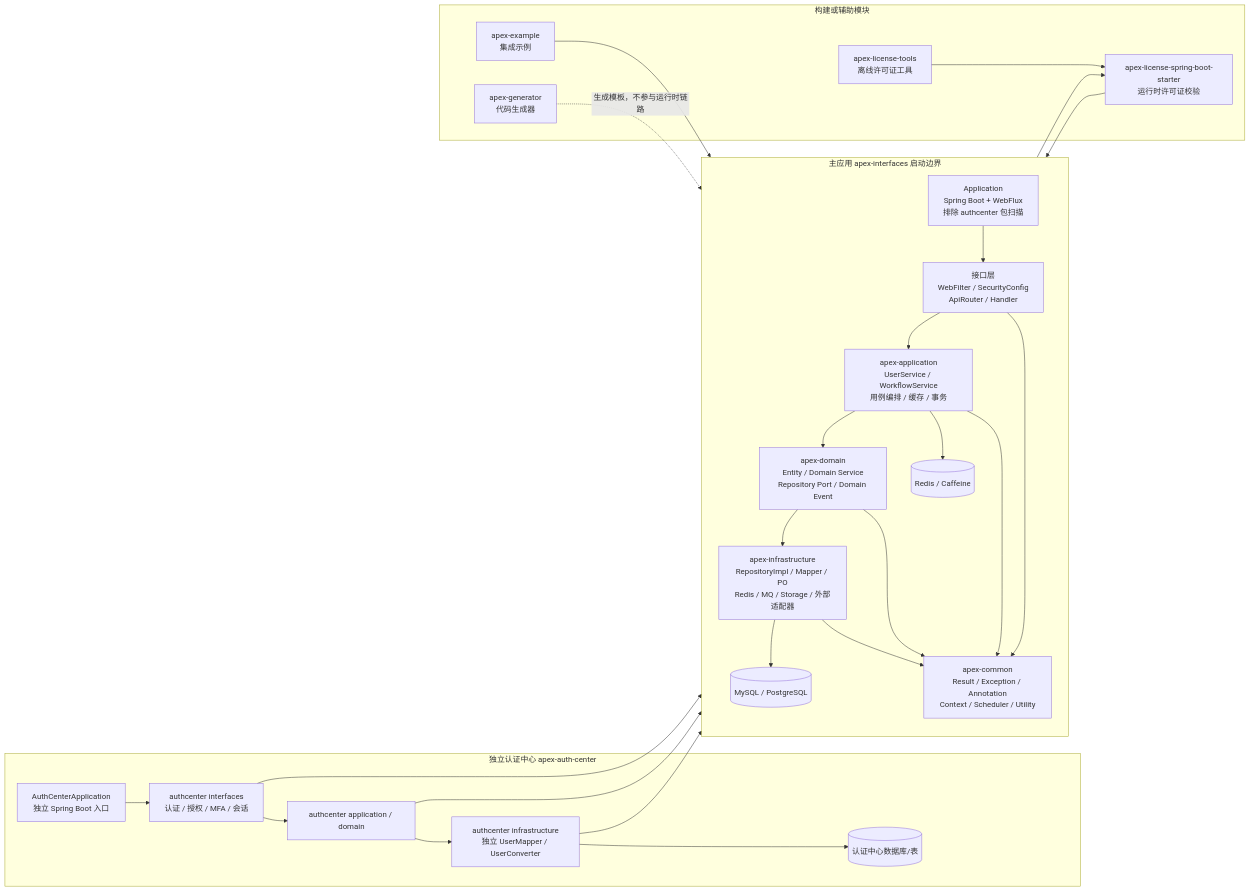
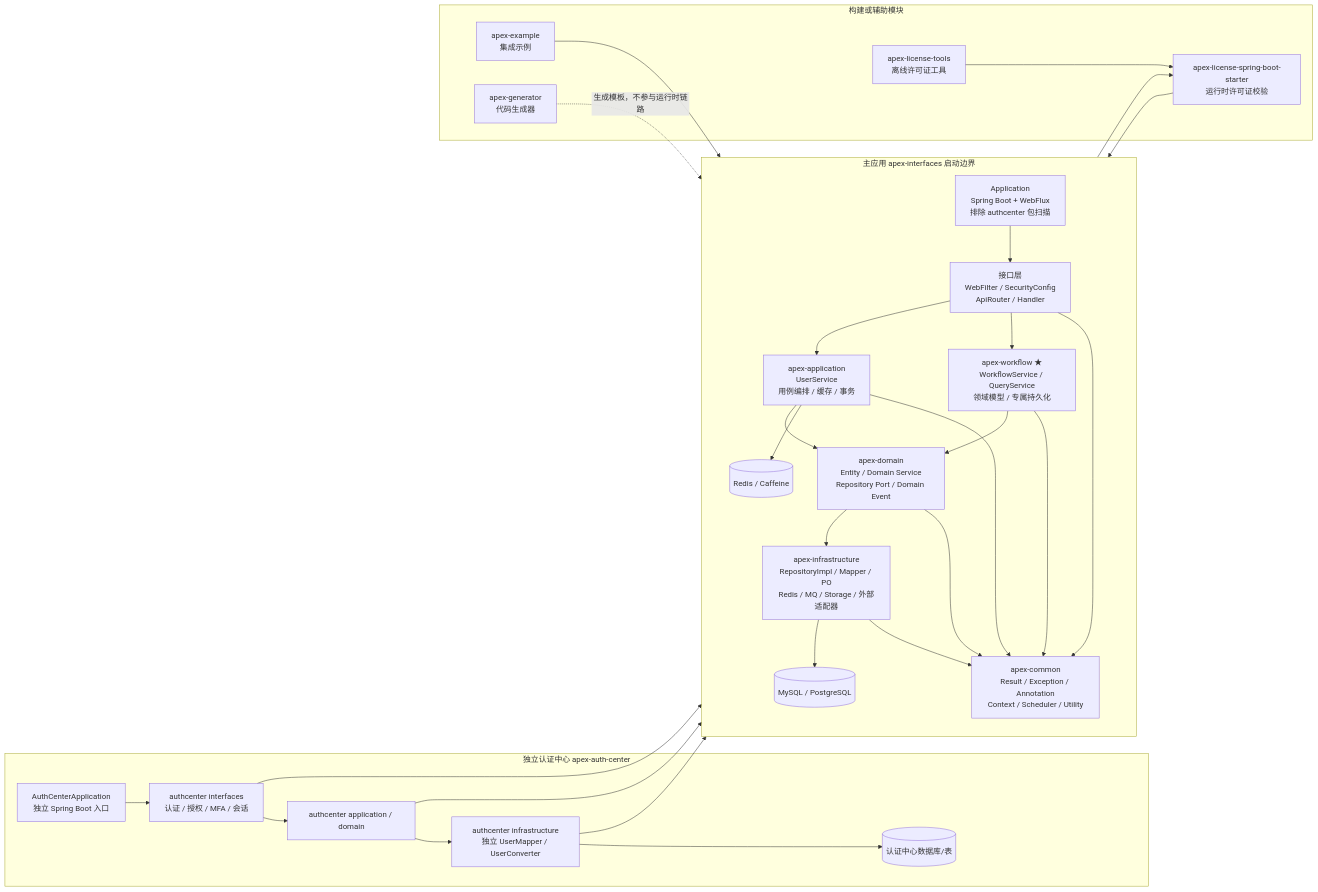
The first of 3 diagrams in AGENTS.md (apex-cloud-service/apex-scaffold), drawn with Mermaid before and after one commit. The commit also changed other lines of this file and 2 other files, not shown here.

First line of the commit message:
docs(workflow): 补充工作流模块拆分方案、测试报告与架构说明

````diff
--- a/AGENTS.md
+++ b/AGENTS.md
@@ -60,46 +66,53 @@
 ```mermaid
 graph LR
     subgraph MainApp[主应用 apex-interfaces 启动边界]
         direction TB
         entry["Application<br/>Spring Boot + WebFlux<br/>排除 authcenter 包扫描"]
         web["接口层<br/>WebFilter / SecurityConfig<br/>ApiRouter / Handler"]
-        app["apex-application<br/>UserService / WorkflowService<br/>用例编排 / 缓存 / 事务"]
+        app["apex-application<br/>UserService<br/>用例编排 / 缓存 / 事务"]
+        workflow["apex-workflow ★<br/>WorkflowService / QueryService<br/>领域模型 / 专属持久化"]
         domain["apex-domain<br/>Entity / Domain Service<br/>Repository Port / Domain Event"]
         infra["apex-infrastructure<br/>RepositoryImpl / Mapper / PO<br/>Redis / MQ / Storage / 外部适配器"]
         common["apex-common<br/>Result / Exception / Annotation<br/>Context / Scheduler / Utility"]
         db[("MySQL / PostgreSQL")]
         cache[("Redis / Caffeine")]
-        entry --> web --> app --> domain --> infra
+        entry --> web
+        web --> app
+        web --> workflow
+        app --> domain
+        domain --> infra
+        workflow --> domain
+        workflow --> common
         infra --> db
         app --> cache
         web --> common
         app --> common
         domain --> common
         infra --> common
     end
 
     subgraph AuthApp[独立认证中心 apex-auth-center]
         authEntry["AuthCenterApplication<br/>独立 Spring Boot 入口"]
         authWeb["authcenter interfaces<br/>认证 / 授权 / MFA / 会话"]
         authApp["authcenter application / domain"]
         authInfra["authcenter infrastructure<br/>独立 UserMapper / UserConverter"]
         authDb[("认证中心数据库/表")]
         authEntry --> authWeb --> authApp --> authInfra --> authDb
         authWeb --> common
         authApp --> common
         authInfra --> common
     end
 
     subgraph BuildOnly[构建或辅助模块]
         starter["apex-license-spring-boot-starter<br/>运行时许可证校验"]
         tools["apex-license-tools<br/>离线许可证工具"]
         example["apex-example<br/>集成示例"]
         generator["apex-generator<br/>代码生成器"]
         tools --> starter
         example --> web
         starter --> common
     end
 
     web --> starter
     generator -."生成模板，不参与运行时链路".-> domain
 ```
````
